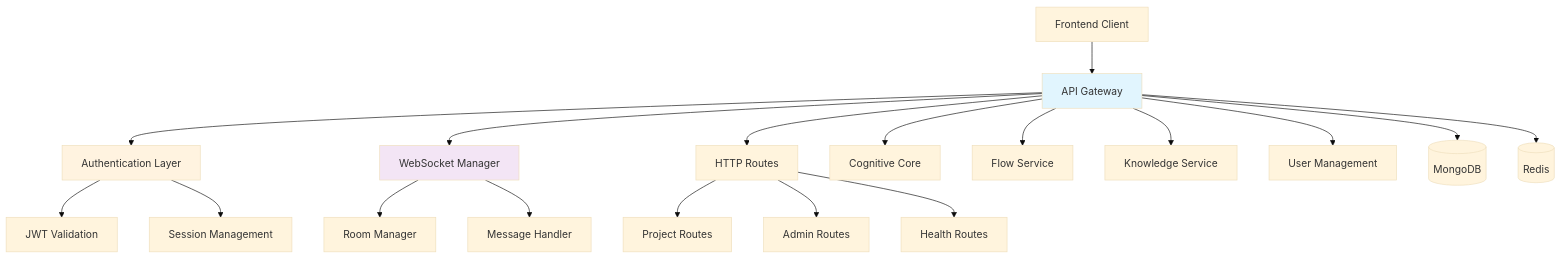
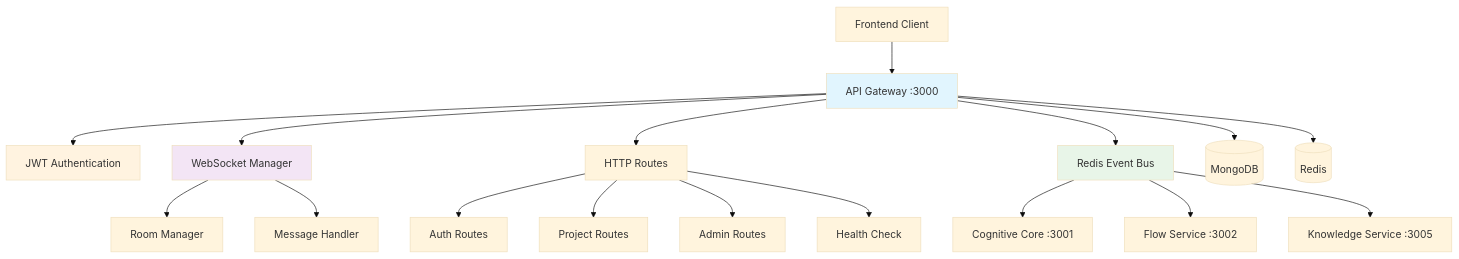
The diagram in services/api-gateway/README.md (mannomannX/ux_generator_backend_Prod), drawn with Mermaid (base theme) before and after one commit. The commit also changed other lines of this file and 65 other files, not shown here.

````diff
--- a/services/api-gateway/README.md
+++ b/services/api-gateway/README.md
@@ -14,29 +18,28 @@
 ```mermaid
 graph TB
-    Client[Frontend Client] --> Gateway[API Gateway]
-    Gateway --> Auth[Authentication Layer]
+    Client[Frontend Client] --> Gateway[API Gateway :3000]
+    Gateway --> Auth[JWT Authentication]
     Gateway --> WS[WebSocket Manager]
     Gateway --> Routes[HTTP Routes]
-    
-    Auth --> JWT[JWT Validation]
-    Auth --> Session[Session Management]
     
     WS --> Rooms[Room Manager]
     WS --> Messages[Message Handler]
     
-    Routes --> Projects[Project Routes]
+    Routes --> AuthR[Auth Routes]
+    Routes --> Projects[Project Routes] 
     Routes --> Admin[Admin Routes]
-    Routes --> Health[Health Routes]
+    Routes --> Health[Health Check]
     
-    Gateway --> Cognitive[Cognitive Core]
-    Gateway --> Flow[Flow Service]
-    Gateway --> Knowledge[Knowledge Service]
-    Gateway --> UserMgmt[User Management]
+    Gateway --> EventBus[Redis Event Bus]
+    EventBus --> Cognitive[Cognitive Core :3001]
+    EventBus --> Flow[Flow Service :3002]
+    EventBus --> Knowledge[Knowledge Service :3005]
     
     Gateway --> MongoDB[(MongoDB)]
     Gateway --> Redis[(Redis)]
     
     style Gateway fill:#e1f5fe
     style WS fill:#f3e5f5
     style Auth fill:#fff3e0
+    style EventBus fill:#e8f5e8
 ```
````
